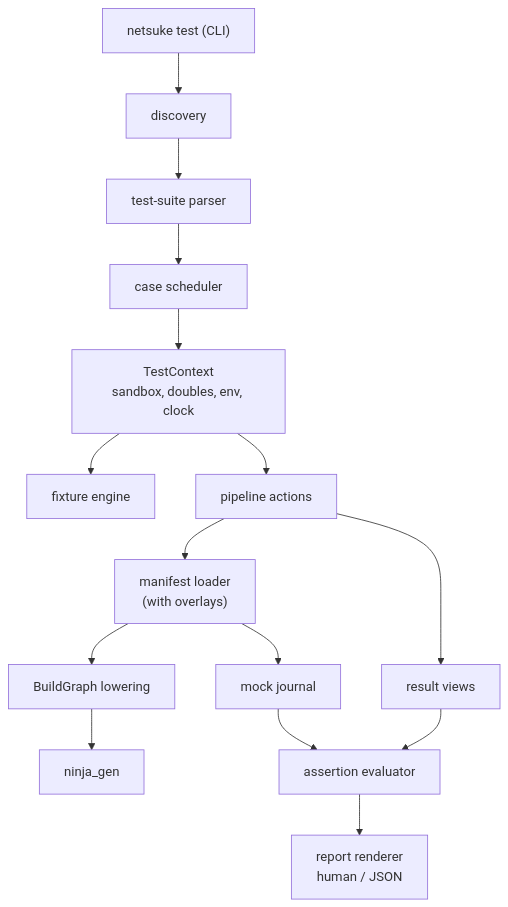
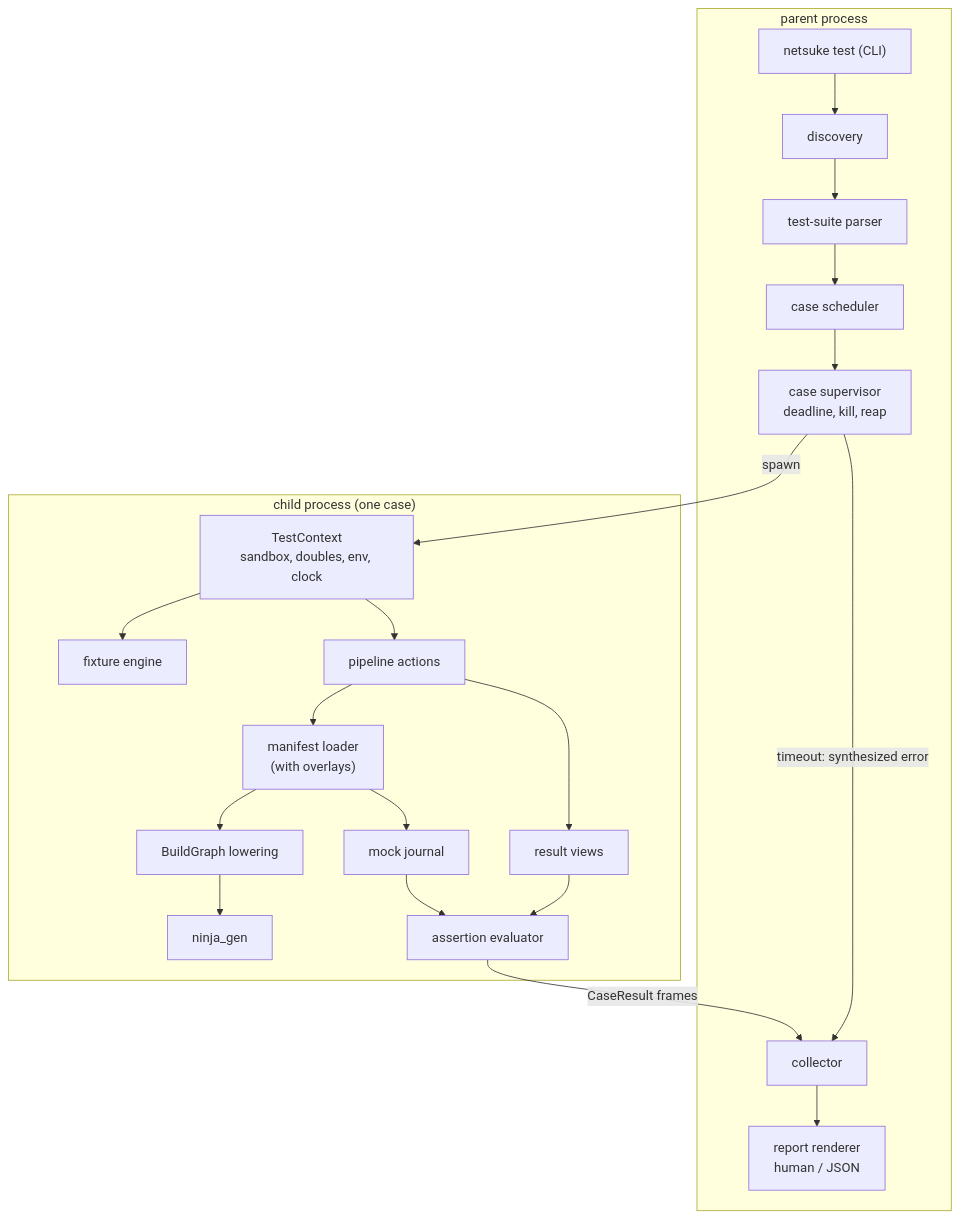
One commit to leynos/netsuke changed the diagram in docs/netsuke-test-framework-technical-design.md. Above: the diagram before and after it, drawn with Mermaid. The commit also changed other lines of this file and 3 other files, not shown here.

First line of the commit message:
Make the test framework's per-case timeout enforceable

````diff
--- a/docs/netsuke-test-framework-technical-design.md
+++ b/docs/netsuke-test-framework-technical-design.md
@@ -64,17 +67,25 @@
 ```mermaid
 graph TD
-    A["netsuke test (CLI)"] --> B[discovery]
-    B --> C[test-suite parser]
-    C --> D[case scheduler]
-    D --> E[TestContext<br/>sandbox, doubles, env, clock]
-    E --> F[fixture engine]
-    E --> G[pipeline actions]
-    G --> H["manifest loader<br/>(with overlays)"]
-    H --> I[BuildGraph lowering]
-    I --> J[ninja_gen]
-    H --> K[mock journal]
-    G --> L[result views]
-    L --> M[assertion evaluator]
-    K --> M
-    M --> N[report renderer<br/>human / JSON]
+    subgraph parent["parent process"]
+        A["netsuke test (CLI)"] --> B[discovery]
+        B --> C[test-suite parser]
+        C --> D[case scheduler]
+        D --> S["case supervisor<br/>deadline, kill, reap"]
+        R[collector] --> N["report renderer<br/>human / JSON"]
+    end
+    S -->|spawn| E
+    subgraph child["child process (one case)"]
+        E[TestContext<br/>sandbox, doubles, env, clock]
+        E --> F[fixture engine]
+        E --> G[pipeline actions]
+        G --> H["manifest loader<br/>(with overlays)"]
+        H --> I[BuildGraph lowering]
+        I --> J[ninja_gen]
+        H --> K[mock journal]
+        G --> L[result views]
+        L --> M[assertion evaluator]
+        K --> M
+    end
+    M -->|CaseResult frames| R
+    S -->|timeout: synthesized error| R
 ```
````
